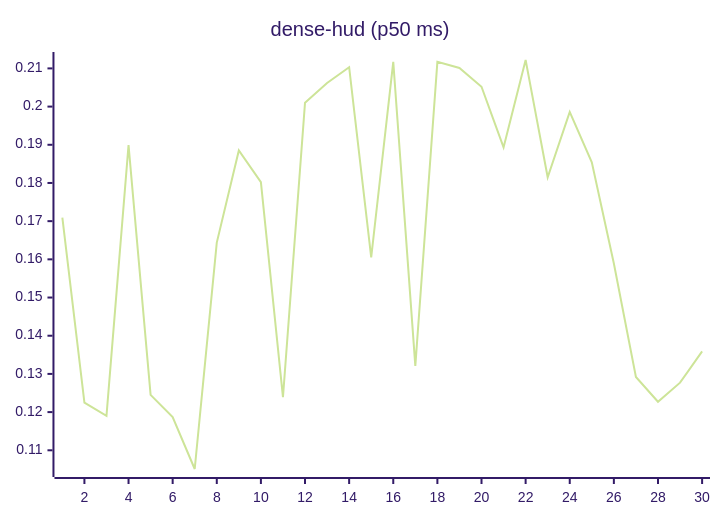
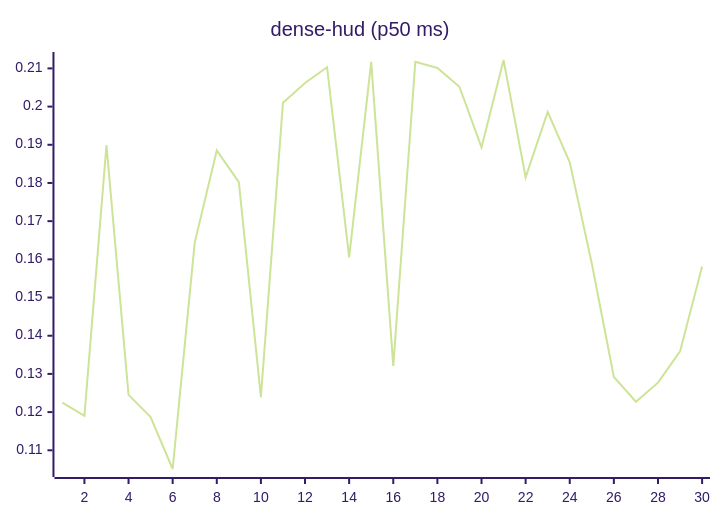
One commit to josha/Facet changed the eighth of 27 diagrams in README.md. Above: the diagram before and after it, drawn with Mermaid (forest theme). The commit also changed other lines of this file and 2 other files, not shown here.

````diff
--- a/README.md
+++ b/README.md
@@ -112,6 +112,6 @@
 ```mermaid
 xychart-beta
     title "dense-hud (p50 ms)"
     x-axis 1 --> 30
-    line [0.1709, 0.1225, 0.1190, 0.1899, 0.1245, 0.1187, 0.1051, 0.1644, 0.1885, 0.1802, 0.1239, 0.2010, 0.2062, 0.2103, 0.1605, 0.2117, 0.1321, 0.2117, 0.2101, 0.2052, 0.1893, 0.2122, 0.1815, 0.1986, 0.1854, 0.1589, 0.1292, 0.1227, 0.1277, 0.1359]
+    line [0.1225, 0.1190, 0.1899, 0.1245, 0.1187, 0.1051, 0.1644, 0.1885, 0.1802, 0.1239, 0.2010, 0.2062, 0.2103, 0.1605, 0.2117, 0.1321, 0.2117, 0.2101, 0.2052, 0.1893, 0.2122, 0.1815, 0.1986, 0.1854, 0.1589, 0.1292, 0.1227, 0.1277, 0.1359, 0.1581]
 ```
````
